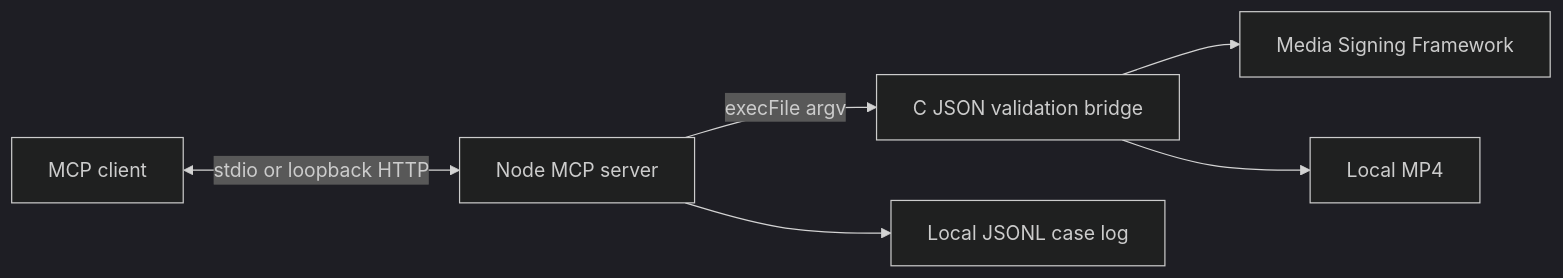
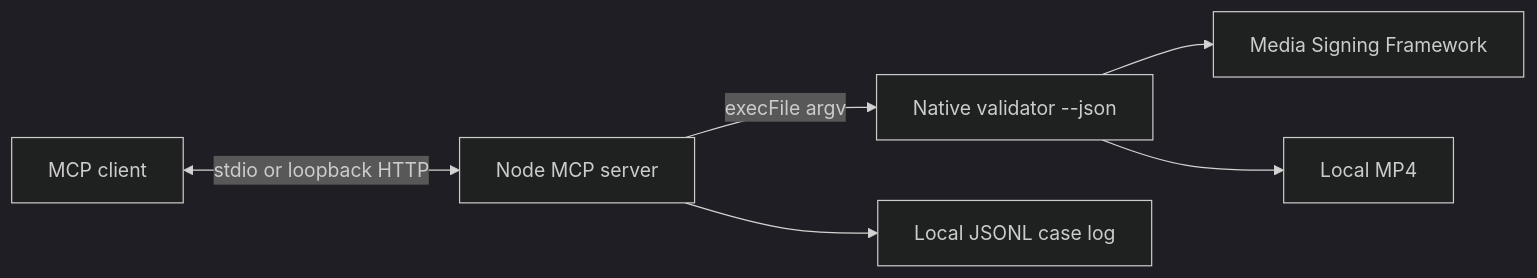
Before and after one commit to onvif/media-signing-framework: the first of 2 diagrams in examples/mcp/docs/explanation.md, drawn with Mermaid (dark theme). The commit also changed other lines of this file and 12 other files, not shown here.

Commit message:
refactor: use native JSON validator in MCP demo

````diff
--- a/examples/mcp/docs/explanation.md
+++ b/examples/mcp/docs/explanation.md
@@ -6,8 +6,8 @@
 ```mermaid
 flowchart LR
     Client[MCP client] <-->|stdio or loopback HTTP| Server[Node MCP server]
-    Server -->|execFile argv| Bridge[C JSON validation bridge]
-    Bridge --> Framework[Media Signing Framework]
-    Bridge --> Media[Local MP4]
+    Server -->|execFile argv| Validator[Native validator --json]
+    Validator --> Framework[Media Signing Framework]
+    Validator --> Media[Local MP4]
     Server --> Cases[Local JSONL case log]
 ```
````
